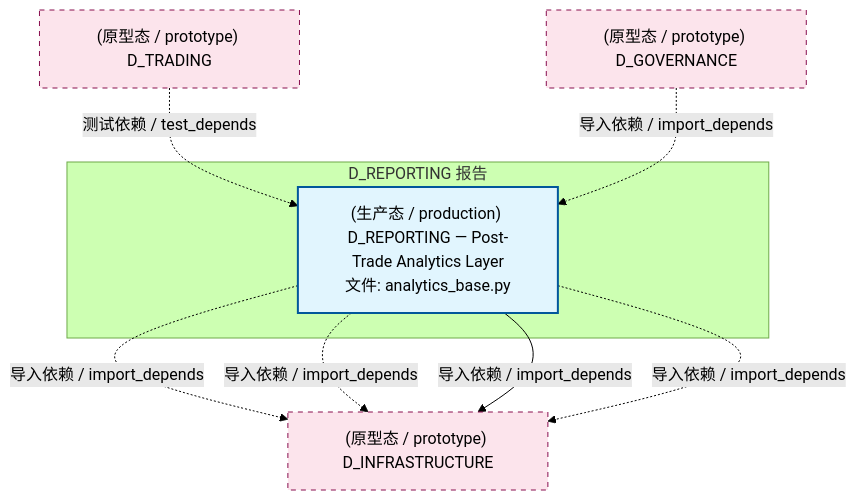
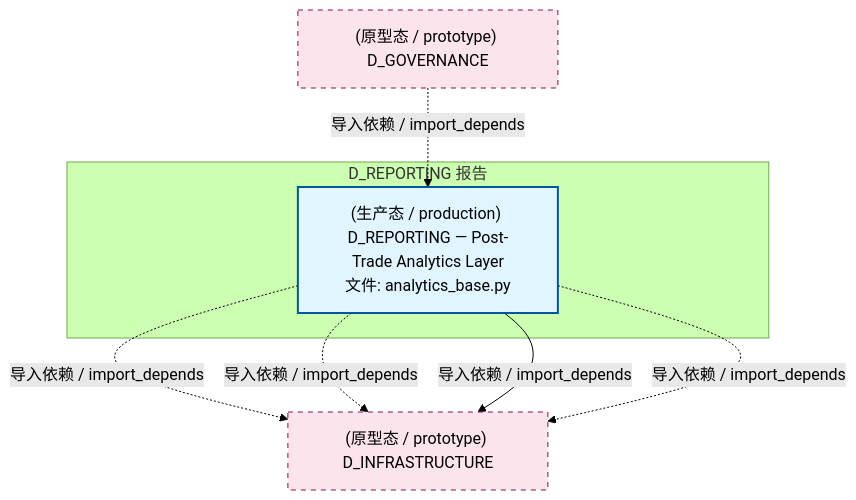
The second of 4 diagrams in docs/02_enterprise_architecture/02_domain_architecture_docs/23_d_reporting.md (xuanFelixVan/ZephyrAlpha), drawn with Mermaid (forest theme) before and after one commit. The commit also changed other lines of this file and 126 other files, not shown here.

````diff
--- a/docs/02_enterprise_architecture/02_domain_architecture_docs/23_d_reporting.md
+++ b/docs/02_enterprise_architecture/02_domain_architecture_docs/23_d_reporting.md
@@ -121,21 +102,19 @@
 ```mermaid
 graph TD
     subgraph D_REPORTING["D_REPORTING 报告"]
         src_zephyr_reporting_analytics_base_py["(生产态 / production) D_REPORTING — Post-Trade Analytics Layer<br/>文件: analytics_base.py"]
     end
     D_INFRASTRUCTURE["(原型态 / prototype) D_INFRASTRUCTURE"]
     src_zephyr_reporting_analytics_base_py -.->|导入依赖 / import_depends| D_INFRASTRUCTURE
     src_zephyr_reporting_analytics_base_py -.->|导入依赖 / import_depends| D_INFRASTRUCTURE
     src_zephyr_reporting_analytics_base_py -->|导入依赖 / import_depends| D_INFRASTRUCTURE
     src_zephyr_reporting_analytics_base_py -.->|导入依赖 / import_depends| D_INFRASTRUCTURE
-    D_TRADING["(原型态 / prototype) D_TRADING"]
-    D_TRADING -.->|测试依赖 / test_depends| src_zephyr_reporting_analytics_base_py
     D_GOVERNANCE["(原型态 / prototype) D_GOVERNANCE"]
     D_GOVERNANCE -.->|导入依赖 / import_depends| src_zephyr_reporting_analytics_base_py
     classDef production fill:#e1f5fe,stroke:#01579b,stroke-width:2px,color:#000
     classDef design fill:#fff3e0,stroke:#e65100,stroke-width:2px,color:#000,stroke-dasharray: 5 5
     classDef external_prod fill:#e8f5e9,stroke:#1b5e20,stroke-width:1px,color:#000
     classDef external_design fill:#fce4ec,stroke:#880e4f,stroke-width:1px,color:#000,stroke-dasharray: 5 5
     class src_zephyr_reporting_analytics_base_py production
-    class D_INFRASTRUCTURE,D_TRADING,D_GOVERNANCE external_design
+    class D_INFRASTRUCTURE,D_GOVERNANCE external_design
 ```
````
